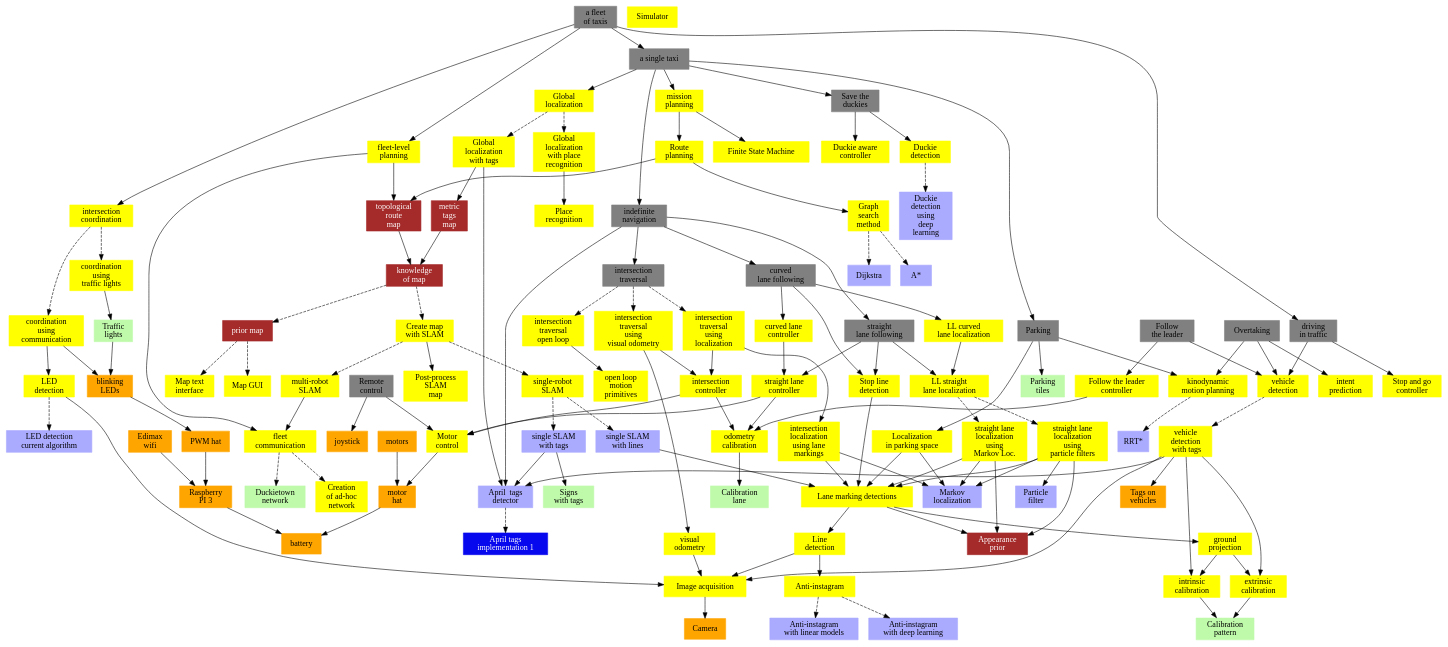
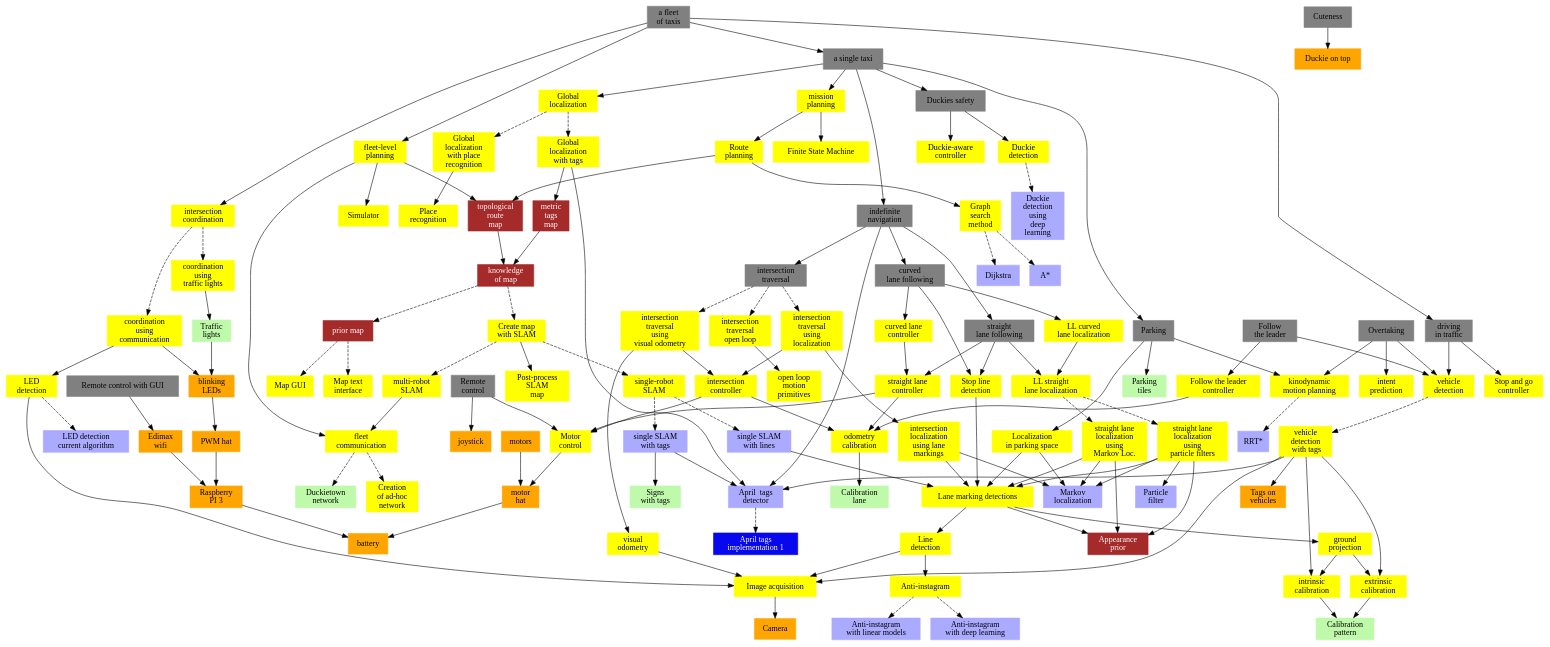
Before and after one commit to top1944/duckuments: the diagram in docs/clipart/functionality_diagram/diagram.dot, drawn with Graphviz. The commit also changed 4 other files, not shown here.

```diff
--- a/docs/clipart/functionality_diagram/diagram.dot
+++ b/docs/clipart/functionality_diagram/diagram.dot
@@ -1,11 +1,11 @@
 digraph G {
     edge [comment="Wildcard node added automatic in EG."];
-    node [color=red, 
+    node [color=red,
           style=filled];
     subgraph acluster_behaviors {
         edge [comment="Wildcard node added automatic in EG."];
-        node [color=grey, 
-              style=filled, 
+        node [color=grey,
+              style=filled,
               shape=box];
         multi_car_taxi [label="a fleet \n of taxis"];
         follow_the_leader [label="Follow \n the leader"];
@@ -18,14 +18,17 @@
         driving_in_traffic [label="driving \n in traffic"];
         parking [label="Parking"];
         overtaking [label="Overtaking"];
-        save_the_duckies [label="Save the \n duckies"];
+        save_the_duckies [label="Duckies safety"];
+        remote_control [label="Remote control with GUI"];
+        cuteness [label="Cuteness"];
     }
 
     subgraph functionality {
         edge [comment="Wildcard node added automatic in EG."];
-        node [color=yellow, 
-              style=filled, 
+        node [color=yellow,
+              style=filled,
               shape=box];
+
         lane_marking_detection [label="Lane marking detections"];
         stop_and_go [label="Stop and go\ncontroller"];
         kinodynamic_motion_planning [label="kinodynamic \n motion planning"];
@@ -68,7 +71,7 @@
         finite_state_machine [label="Finite State Machine"];
         postprocess_slam_map [label="Post-process \n SLAM\nmap"];
         knowledge_of_map_with_slam [label="Create map\n with SLAM"];
-        duckie_aware_controller [label="Duckie aware \n controller"];
+        duckie_aware_controller [label="Duckie-aware \n controller"];
         coordination_with_traffic_lights [label="coordination \n using \n traffic lights"];
         coordination_with_communication [label="coordination \n using \n communication"];
         straight_lane_localization_using_markov [label="straight lane \n localization \n using \n Markov Loc."];
@@ -84,8 +87,8 @@
 
     subgraph algorithms {
         edge [comment="Wildcard node added automatic in EG."];
-        node [color="#AAAAFF", 
-              style=filled, 
+        node [color="#AAAAFF",
+              style=filled,
               shape=box];
         april_tags_detection [label="April  tags \n detector"];
         dijkstra [label="Dijkstra"];
@@ -103,18 +106,18 @@
 
     subgraph implementation {
         edge [comment="Wildcard node added automatic in EG."];
-        node [color="#0808EE", 
-              fontcolor=white, 
-              style=filled, 
+        node [color="#0808EE",
+              fontcolor=white,
+              style=filled,
               shape=record];
         april_tags_library1 [label="April tags \n implementation 1"];
     }
 
     subgraph data {
         edge [comment="Wildcard node added automatic in EG."];
-        node [color=brown, 
-              fontcolor=white, 
-              style=filled, 
+        node [color=brown,
+              fontcolor=white,
+              style=filled,
               shape=box];
         appearance_prior [label="Appearance \n prior"];
         prior_map [label="prior map"];
@@ -125,8 +128,8 @@
 
     subgraph acluster_hardware {
         edge [comment="Wildcard node added automatic in EG."];
-        node [color=orange, 
-              style=filled, 
+        node [color=orange,
+              style=filled,
               shape=box];
         pwm_hat [label="PWM hat"];
         blinking_leds [label="blinking \n LEDs"];
@@ -138,12 +141,14 @@
         RPI3 [label="Raspberry\n PI 3"];
         camera [label="Camera"];
         tags_on_vehicles [label="Tags on \n vehicles"];
+        duckie_on_top [label="Duckie on top"];
+
     }
 
     subgraph infrastructure {
         edge [comment="Wildcard node added automatic in EG."];
-        node [color="#BFFAAA", 
-              style=filled, 
+        node [color="#BFFAAA",
+              style=filled,
               shape=box];
         traffic_lights [label="Traffic \n lights"];
         duckietown_network [label="Duckietown \n network"];
@@ -220,6 +225,7 @@
     multi_car_taxi -> single_car_taxi;
     multi_car_taxi -> fleet_planning;
     fleet_planning -> topological_map;
+    fleet_planning -> simulator;
     multi_car_taxi -> intersection_coordination;
     multi_car_taxi -> driving_in_traffic;
     fleet_planning -> fleet_comms;
@@ -283,4 +289,6 @@
     intersection_localization -> markov_localization;
     single_slam_tags -> signs_with_tags;
     driving_in_traffic -> stop_and_go;
+    remote_control -> edimax;
+    cuteness -> duckie_on_top;
 }
```
